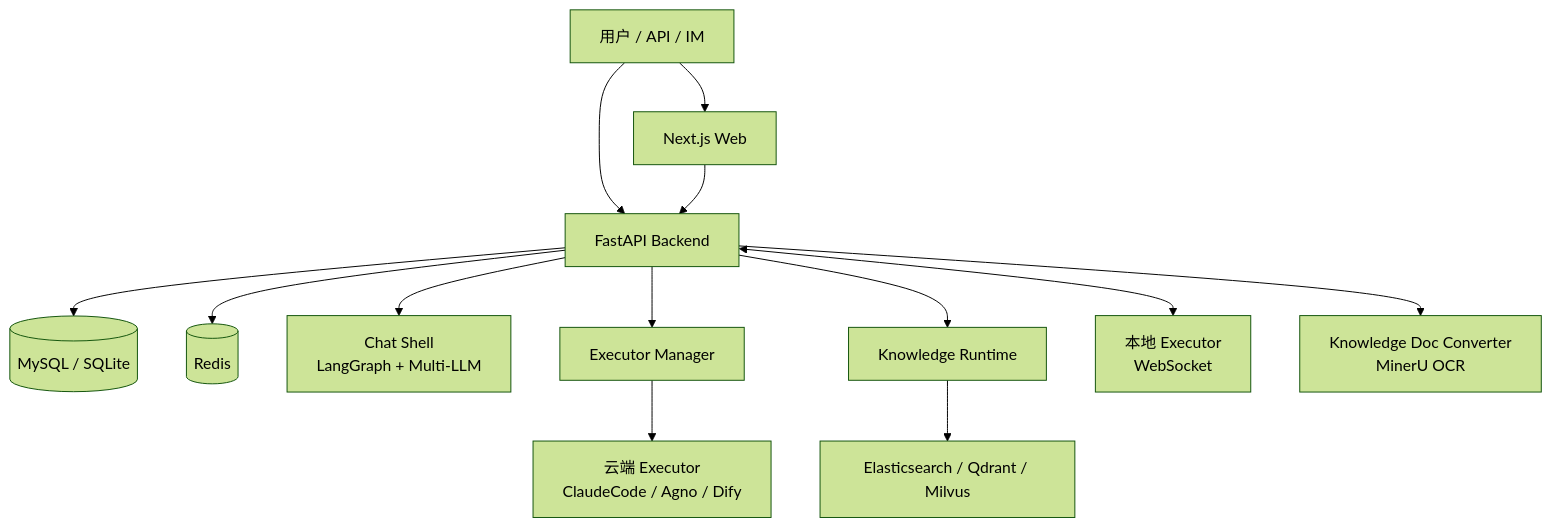
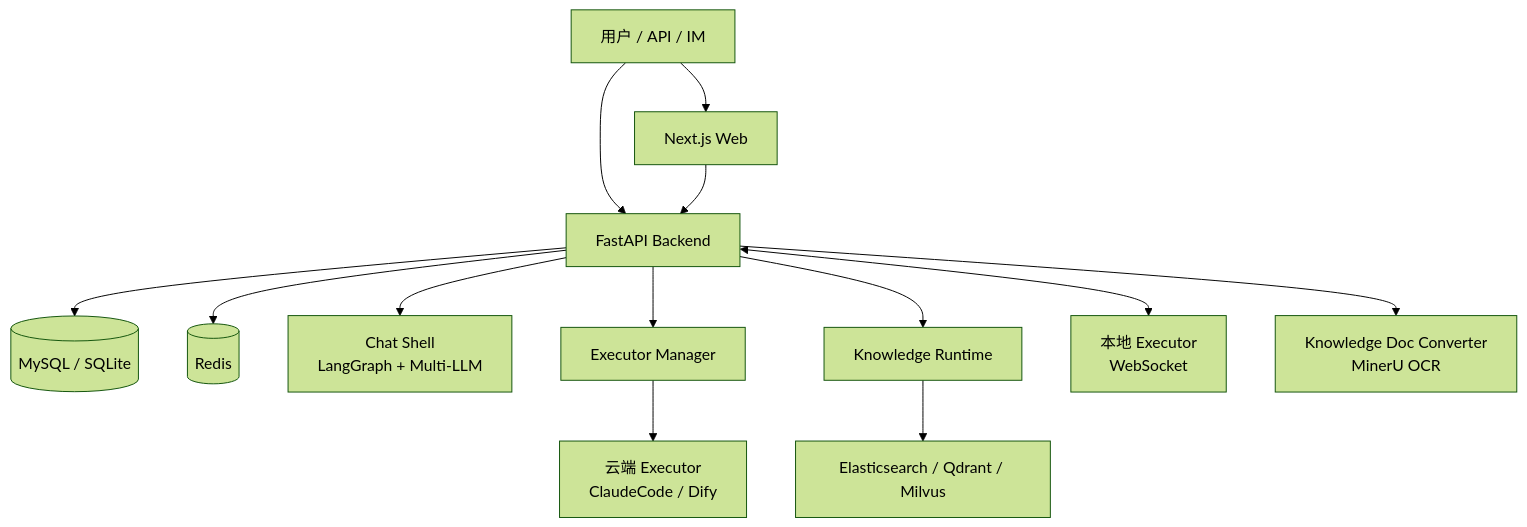
Before and after one commit to wecode-ai/Wegent: the diagram in README_zh.md, drawn with Mermaid (forest theme). The commit also changed other lines of this file and 36 other files, not shown here.

Commit message:
fix(frontend): hide Agno executor options

````diff
--- a/README_zh.md
+++ b/README_zh.md
@@ -167,17 +167,17 @@
 ```mermaid
 graph TB
     User["用户 / API / IM"] --> Frontend["Next.js Web"]
     User --> Backend["FastAPI Backend"]
     Frontend --> Backend
 
     Backend --> MySQL[("MySQL / SQLite")]
     Backend --> Redis[("Redis")]
     Backend --> ChatShell["Chat Shell<br/>LangGraph + Multi-LLM"]
     Backend --> ExecutorManager["Executor Manager"]
     Backend --> KnowledgeRuntime["Knowledge Runtime"]
 
-    ExecutorManager --> CloudExecutor["云端 Executor<br/>ClaudeCode / Agno / Dify"]
+    ExecutorManager --> CloudExecutor["云端 Executor<br/>ClaudeCode / Dify"]
     Backend <--> LocalExecutor["本地 Executor<br/>WebSocket"]
     KnowledgeRuntime --> VectorStore["Elasticsearch / Qdrant / Milvus"]
     Backend --> DocConverter["Knowledge Doc Converter<br/>MinerU OCR"]
 ```
````
